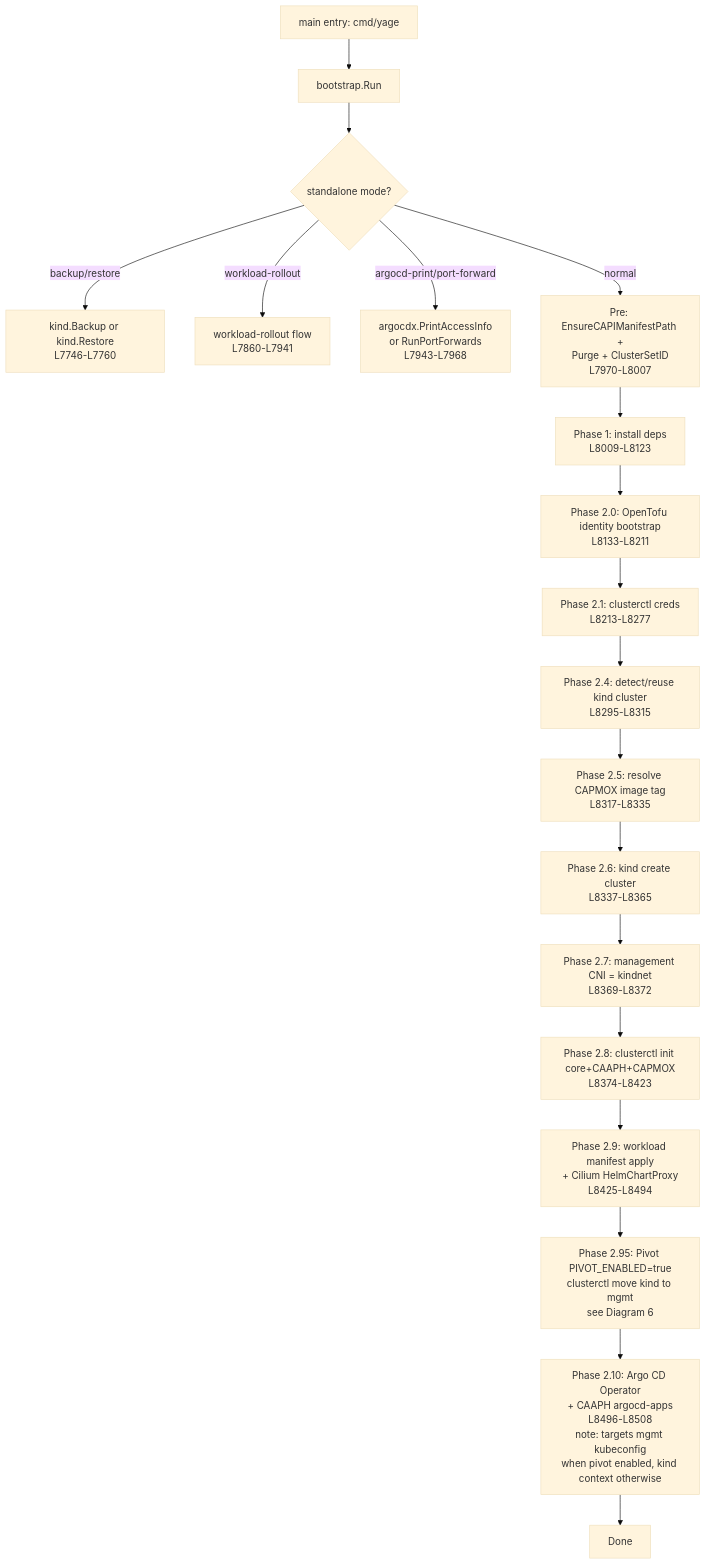
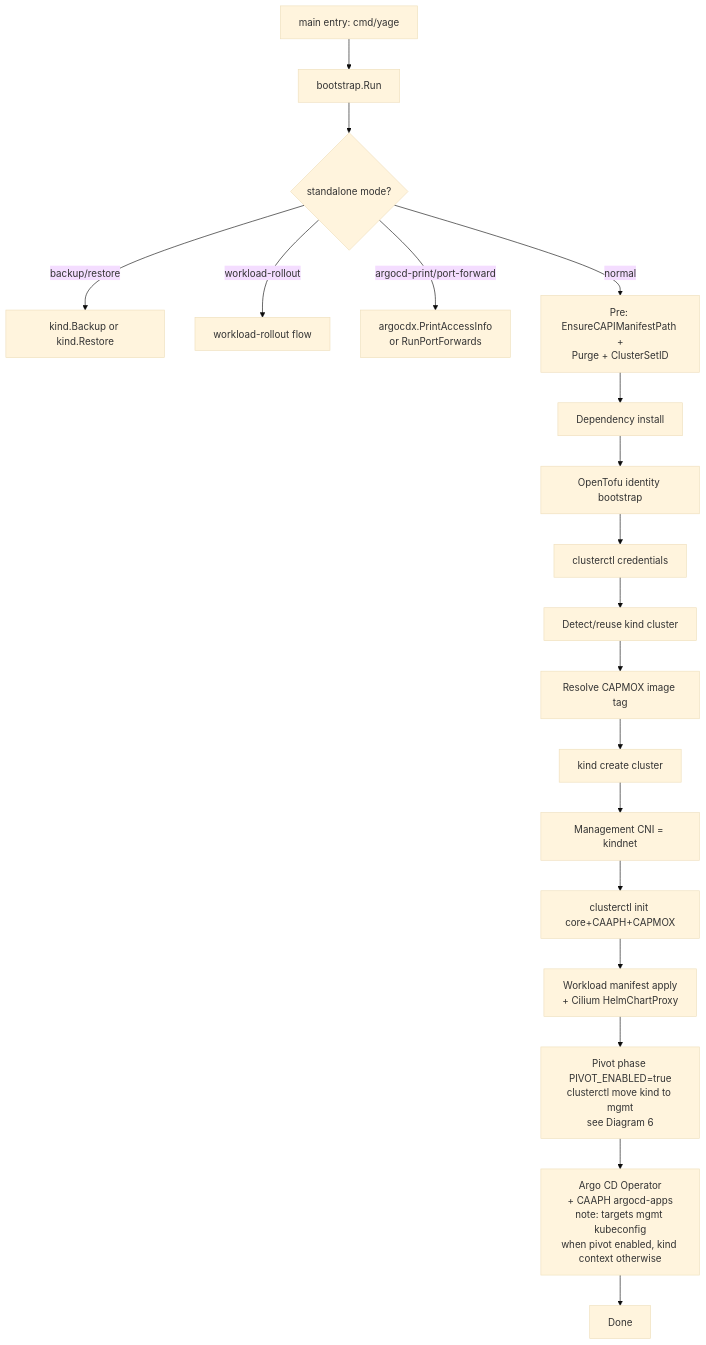
Before and after one commit to lpasquali/yage: the first of 7 diagrams in docs/ARCHITECTURE.md, drawn with Mermaid (base theme). The commit also changed other lines of this file and 141 other files, not shown here.

````diff
--- a/docs/ARCHITECTURE.md
+++ b/docs/ARCHITECTURE.md
@@ -107,21 +102,21 @@
 ```mermaid
 flowchart TD
     A[main entry: cmd/yage] --> B[bootstrap.Run]
     B --> SM{standalone mode?}
-    SM -- backup/restore --> KSO[kind.Backup or kind.Restore<br/>L7746-L7760]
-    SM -- workload-rollout --> WR[workload-rollout flow<br/>L7860-L7941]
-    SM -- argocd-print/port-forward --> AC[argocdx.PrintAccessInfo<br/>or RunPortForwards<br/>L7943-L7968]
-    SM -- normal --> P0[Pre: EnsureCAPIManifestPath +<br/>Purge + ClusterSetID<br/>L7970-L8007]
-    P0 --> P1[Phase 1: install deps<br/>L8009-L8123]
-    P1 --> P20[Phase 2.0: OpenTofu identity bootstrap<br/>L8133-L8211]
-    P20 --> P21[Phase 2.1: clusterctl creds<br/>L8213-L8277]
-    P21 --> P24[Phase 2.4: detect/reuse kind cluster<br/>L8295-L8315]
-    P24 --> P25[Phase 2.5: resolve CAPMOX image tag<br/>L8317-L8335]
-    P25 --> P26[Phase 2.6: kind create cluster<br/>L8337-L8365]
-    P26 --> P27[Phase 2.7: management CNI = kindnet<br/>L8369-L8372]
-    P27 --> P28[Phase 2.8: clusterctl init core+CAAPH+CAPMOX<br/>L8374-L8423]
-    P28 --> P29[Phase 2.9: workload manifest apply<br/>+ Cilium HelmChartProxy<br/>L8425-L8494]
-    P29 --> P295[Phase 2.95: Pivot PIVOT_ENABLED=true<br/>clusterctl move kind to mgmt<br/>see Diagram 6]
-    P295 --> P210[Phase 2.10: Argo CD Operator<br/>+ CAAPH argocd-apps<br/>L8496-L8508<br/>note: targets mgmt kubeconfig<br/>when pivot enabled, kind context otherwise]
+    SM -- backup/restore --> KSO[kind.Backup or kind.Restore]
+    SM -- workload-rollout --> WR[workload-rollout flow]
+    SM -- argocd-print/port-forward --> AC[argocdx.PrintAccessInfo<br/>or RunPortForwards]
+    SM -- normal --> P0[Pre: EnsureCAPIManifestPath +<br/>Purge + ClusterSetID]
+    P0 --> P1[Dependency install]
+    P1 --> P20[OpenTofu identity bootstrap]
+    P20 --> P21[clusterctl credentials]
+    P21 --> P24[Detect/reuse kind cluster]
+    P24 --> P25[Resolve CAPMOX image tag]
+    P25 --> P26[kind create cluster]
+    P26 --> P27[Management CNI = kindnet]
+    P27 --> P28[clusterctl init core+CAAPH+CAPMOX]
+    P28 --> P29[Workload manifest apply<br/>+ Cilium HelmChartProxy]
+    P29 --> P295[Pivot phase PIVOT_ENABLED=true<br/>clusterctl move kind to mgmt<br/>see Diagram 6]
+    P295 --> P210[Argo CD Operator<br/>+ CAAPH argocd-apps<br/>note: targets mgmt kubeconfig<br/>when pivot enabled, kind context otherwise]
     P210 --> Z[Done]
 ```
````
